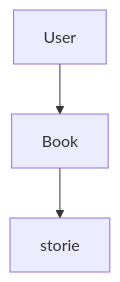
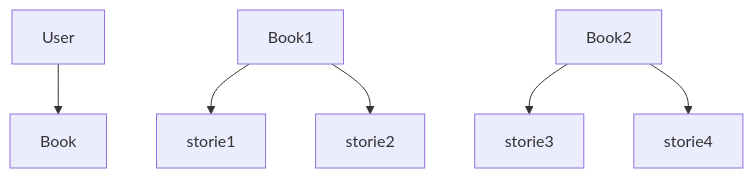
Before and after one commit to mbaqes/dbit: the diagram in README.md, drawn with Mermaid.

````diff
--- a/README.md
+++ b/README.md
@@ -9,5 +9,8 @@
  ```mermaid
 graph TD;
     User-->Book;
-    Book-->storie;
+    Book1-->storie1;
+    Book1-->storie2;
+    Book2-->storie3;
+    Book2-->storie4;
 ```
````
